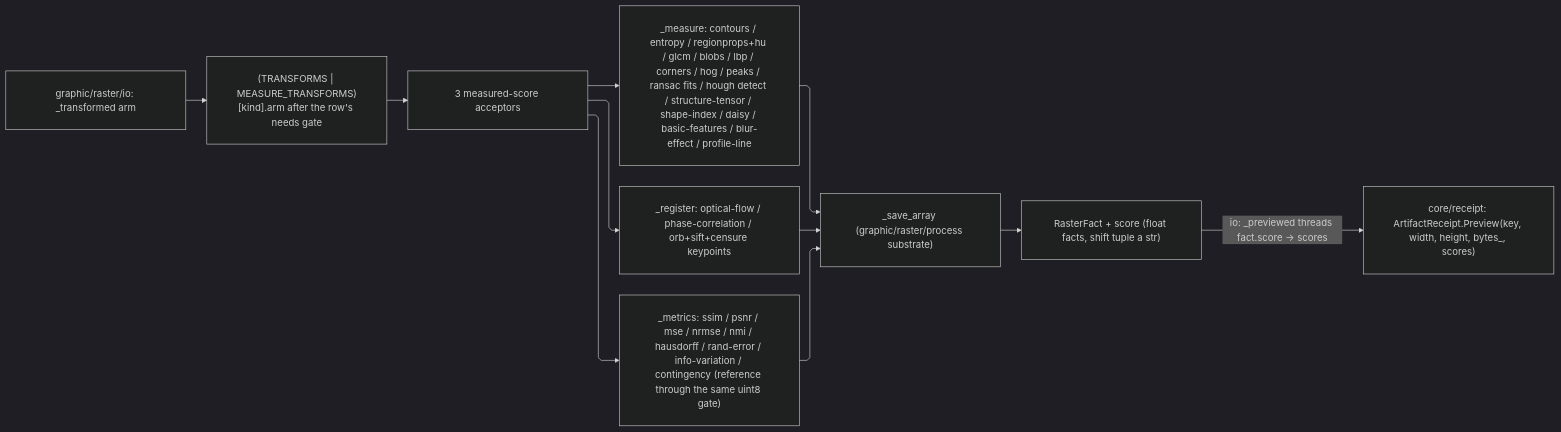
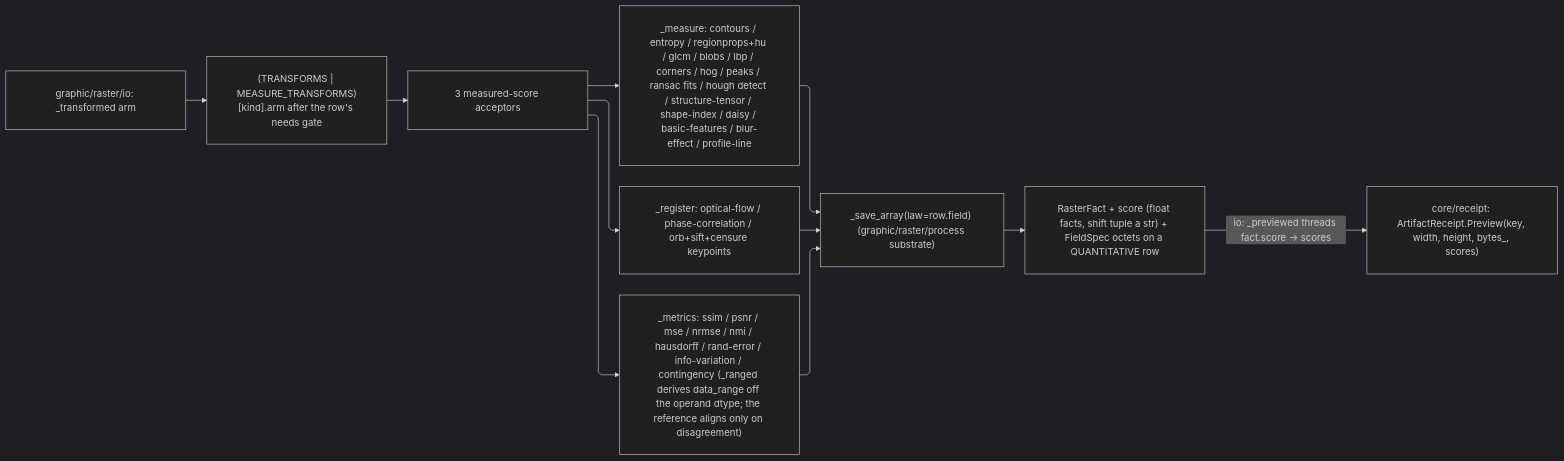
The diagram in libs/python/artifacts/.planning/graphic/raster/measure.md (bsamiee/Rasm), drawn with Mermaid (dark theme) before and after one commit. The commit also changed other lines of this file and 693 other files, not shown here.

````diff
--- a/libs/python/artifacts/.planning/graphic/raster/measure.md
+++ b/libs/python/artifacts/.planning/graphic/raster/measure.md
@@ -289,20 +321,22 @@
 ```mermaid
 ---
 config:
   layout: elk
   flowchart:
     curve: linear
     padding: 25
 ---
 flowchart LR
+    accTitle: Raster measurement acceptor fan
+    accDescr: The transform arm resolving one table row past its needs gate into three measured-score acceptors covering measurement, registration, and reference metrics, each saving through the shared array substrate into a raster fact whose score threads onto the artifact preview receipt.
     Tx["graphic/raster/io: _transformed arm"] --> Table["(TRANSFORMS | MEASURE_TRANSFORMS)[kind].arm after the row's needs gate"]
     Table --> Acc["3 measured-score acceptors"]
     Acc --> Mea["_measure: contours / entropy / regionprops+hu / glcm / blobs / lbp / corners / hog / peaks / ransac fits / hough detect / structure-tensor / shape-index / daisy / basic-features / blur-effect / profile-line"]
     Acc --> Reg["_register: optical-flow / phase-correlation / orb+sift+censure keypoints"]
-    Acc --> Met["_metrics: ssim / psnr / mse / nrmse / nmi / hausdorff / rand-error / info-variation / contingency (reference through the same uint8 gate)"]
-    Mea --> Save["_save_array (graphic/raster/process substrate)"]
+    Acc --> Met["_metrics: ssim / psnr / mse / nrmse / nmi / hausdorff / rand-error / info-variation / contingency (_ranged derives data_range off the operand dtype; the reference aligns only on disagreement)"]
+    Mea --> Save["_save_array(law=row.field) (graphic/raster/process substrate)"]
     Reg --> Save
     Met --> Save
-    Save --> Fact["RasterFact + score (float facts, shift tuple a str)"]
+    Save --> Fact["RasterFact + score (float facts, shift tuple a str) + FieldSpec octets on a QUANTITATIVE row"]
     Fact -->|"io: _previewed threads fact.score -> scores"| Preview["core/receipt: ArtifactReceipt.Preview(key, width, height, bytes_, scores)"]
 ```
````
